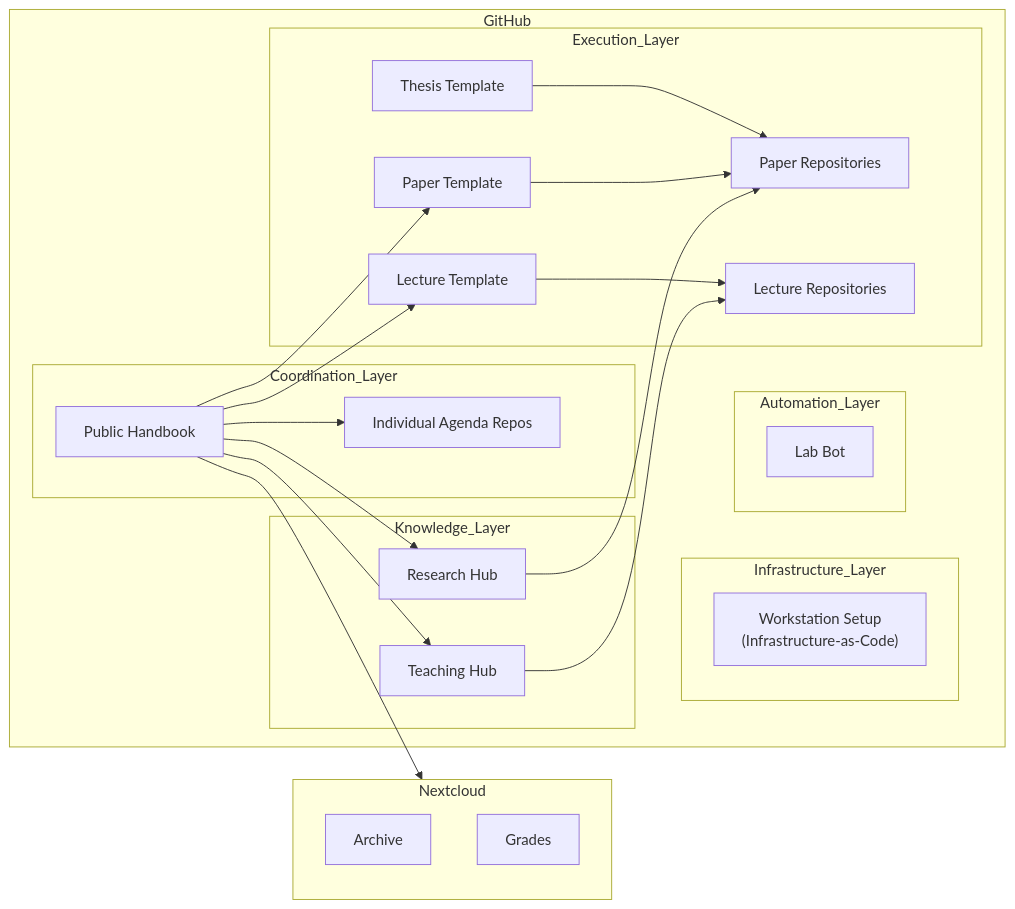
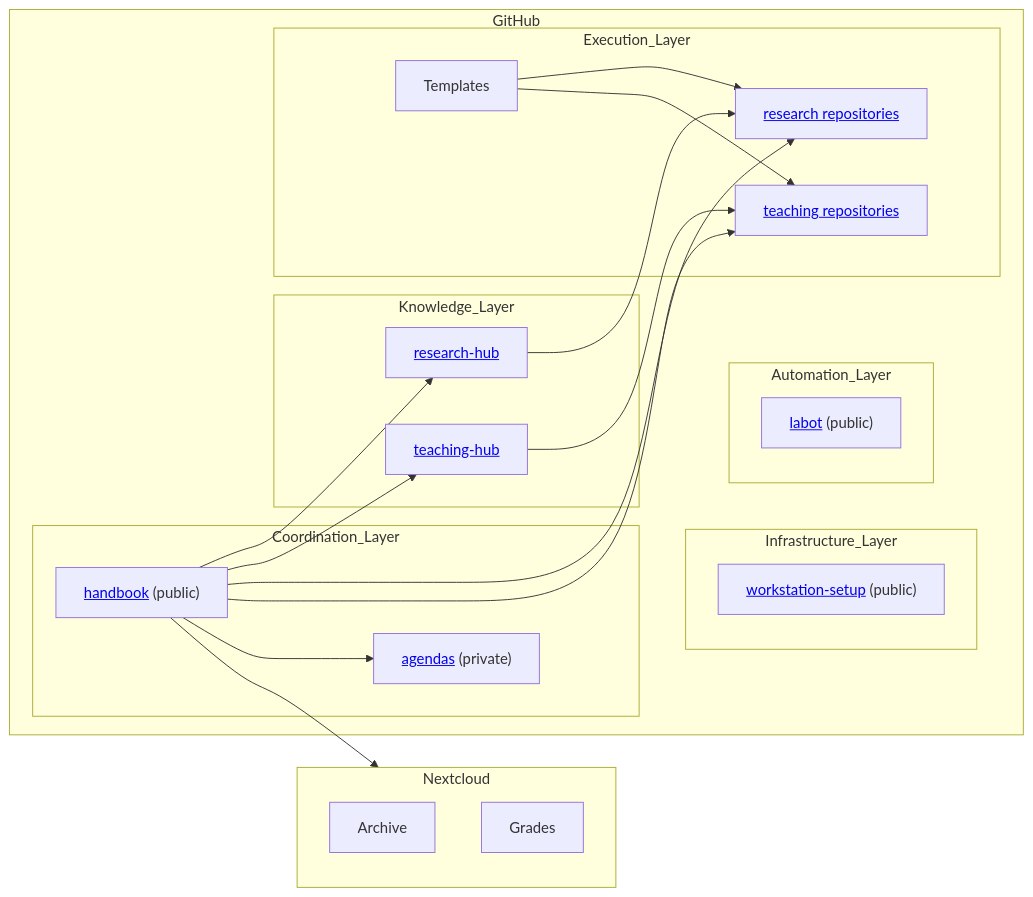
Before and after one commit to fs-ise/handbook: the diagram in management/systems_overview.qmd, drawn with Mermaid. The commit also changed 1 other file, not shown here.

````diff
--- a/management/systems_overview.qmd
+++ b/management/systems_overview.qmd
@@ -9,57 +9,54 @@
 ```{mermaid}
 graph LR
 
     subgraph Nextcloud["Nextcloud"]
         Archive["Archive"]
         Grades["Grades"]
     end
 
     subgraph Public_Git_Sphere["GitHub"]
 
         %% Coordination Layer
         subgraph Coordination_Layer
-            Handbook["Public Handbook"]
-            Agenda["Individual Agenda Repos"]
+            Handbook["<a href='handbook.html'>handbook</a> (public)"]
+            Agenda["<a href='repositories.html#general-repositories'>agendas</a> (private)"]
         end
 
         %% Infrastructure Layer
         subgraph Infrastructure_Layer
-            Workstation["Workstation Setup<br>(Infrastructure-as-Code)"]
+            Workstation["<a href='https://github.com/fs-ise/workstation-setup'  target='_blank'>workstation-setup</a> (public)"]
         end
         %% Automation Layer
         subgraph Automation_Layer
-            LabBot["Lab Bot"]
+            LabBot["<a href='https://github.com/digital-work-lab/labot' target='_blank'>labot</a> (public)"]
         end
         %% Knowledge Layer
         subgraph Knowledge_Layer
-            ResearchHub["Research Hub"]
-            TeachingHub["Teaching Hub"]
+            ResearchHub["<a href='https://github.com/fs-ise/research-hub' target='_blank'>research-hub</a>"]
+            TeachingHub["<a href='https://github.com/fs-ise/teaching-hub' target='_blank'>teaching-hub</a>"]
         end
 
         %% Execution Layer
         subgraph Execution_Layer
-            PaperTemplate["Paper Template"]
-            PaperProjects["Paper Repositories"]
-            LectureTemplate["Lecture Template"]
-            LectureRepos["Lecture Repositories"]
-            ThesisTemplate["Thesis Template"]
+            PaperProjects["<a href='repositories.html#research-repositories'>research repositories</a>"]
+            LectureRepos["<a href='repositories.html#teaching-repositories'>teaching repositories</a>"]
+            Templates["Templates"]
         end
 
     end
 
     %% Core relationships
 
     Handbook --> ResearchHub
     Handbook --> TeachingHub
-    Handbook --> PaperTemplate
-    Handbook --> LectureTemplate
+    Handbook --> PaperProjects
+    Handbook --> LectureRepos
     Handbook --> Agenda
     Handbook --> Nextcloud
+    Templates --> PaperProjects
+    Templates --> LectureRepos
 
     ResearchHub --> PaperProjects
     TeachingHub --> LectureRepos
 
-    PaperTemplate --> PaperProjects
-    LectureTemplate --> LectureRepos
-    ThesisTemplate --> PaperProjects
 ```
````
